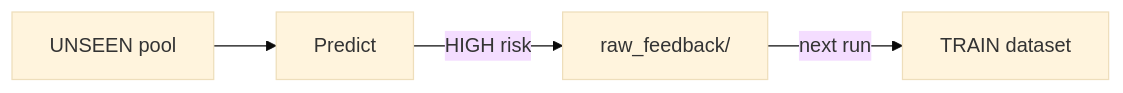
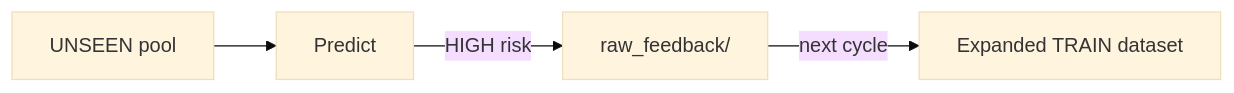
The second of 2 diagrams in SpecLens_Governance.md (CERTprogramming/SpecLens-PML), drawn with Mermaid (base theme) before and after one commit. The commit also changed other lines of this file and 6 other files, not shown here.

````diff
--- a/SpecLens_Governance.md
+++ b/SpecLens_Governance.md
@@ -82,6 +104,6 @@
 ```mermaid
 flowchart LR
   U[UNSEEN pool] --> P[Predict]
   P -->|HIGH risk| F[raw_feedback/]
-  F -->|next run| T[TRAIN dataset]
+  F -->|next cycle| T[Expanded TRAIN dataset]
 ```
````
